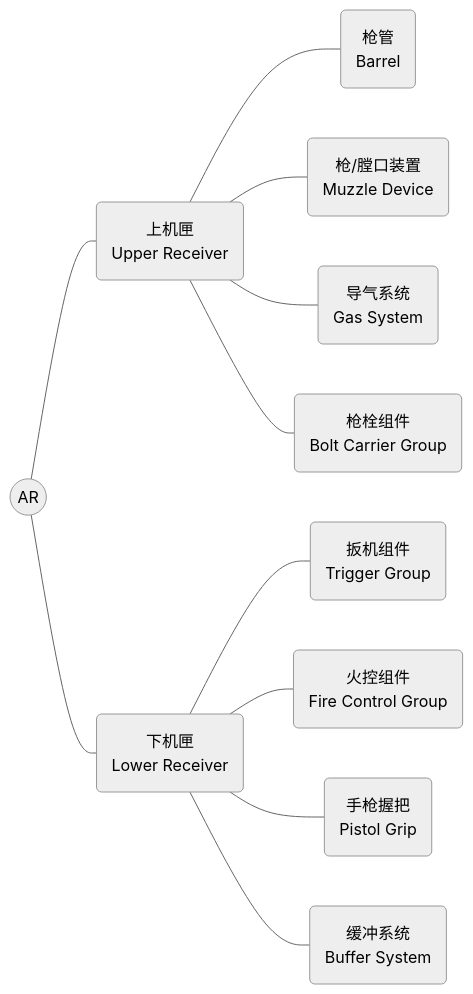
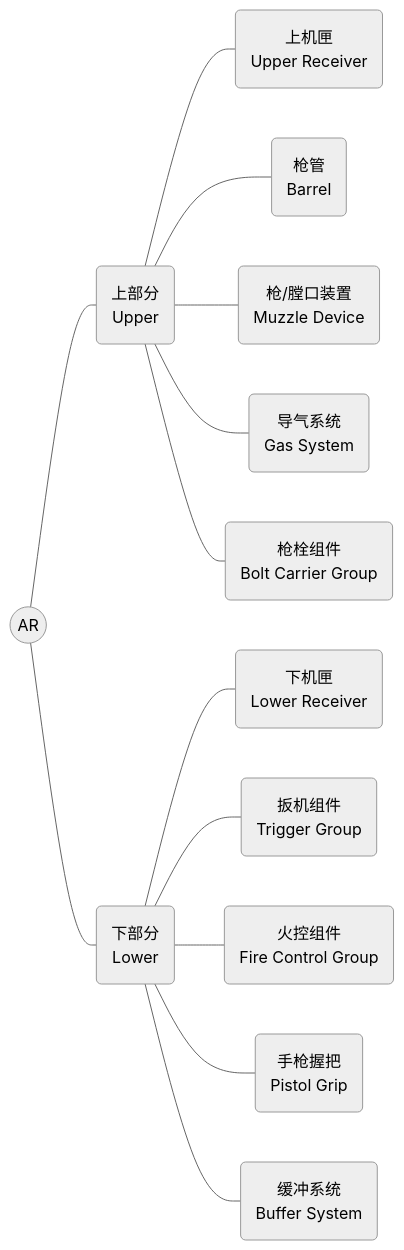
The diagram in README.md (seraphdoo/BuildingGun), drawn with Mermaid (neutral theme) before and after one commit.

````diff
--- a/README.md
+++ b/README.md
@@ -3,35 +3,41 @@
 ```mermaid
 
 graph LR;
   ar((AR));
-  up(上机匣
+  up(上部分
+  Upper);
+  lo(下部分
+  Lower);
+  upp(上机匣
   Upper Receiver);
-  lo(下机匣
+  low(下机匣
   Lower Receiver);
   barr(枪管
   Barrel);
   muzz(枪/膛口装置
   Muzzle Device);
   gas(导气系统
   Gas System);
   bolt(枪栓组件
   Bolt Carrier Group);
   trig(扳机组件
   Trigger Group);
   fire(火控组件
   Fire Control Group);
   pist(手枪握把
   Pistol Grip);
   buff(缓冲系统
   Buffer System);
   ar --- up;
   ar --- lo;
+  up --- upp;
   up --- barr;
   up --- muzz;
   up --- gas;
   up --- bolt;
+  lo --- low;
   lo --- trig;
   lo --- fire;
   lo --- pist;
   lo --- buff;
 ```
````
